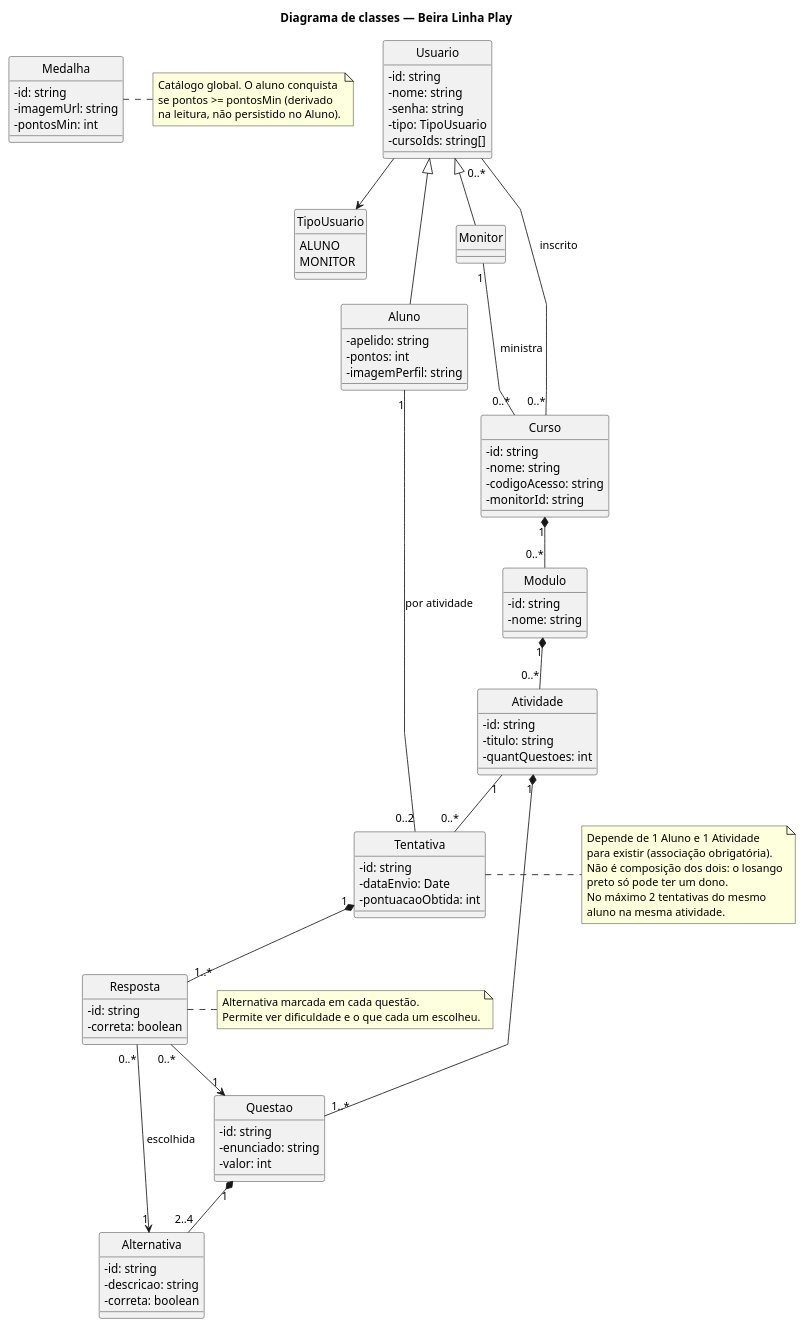
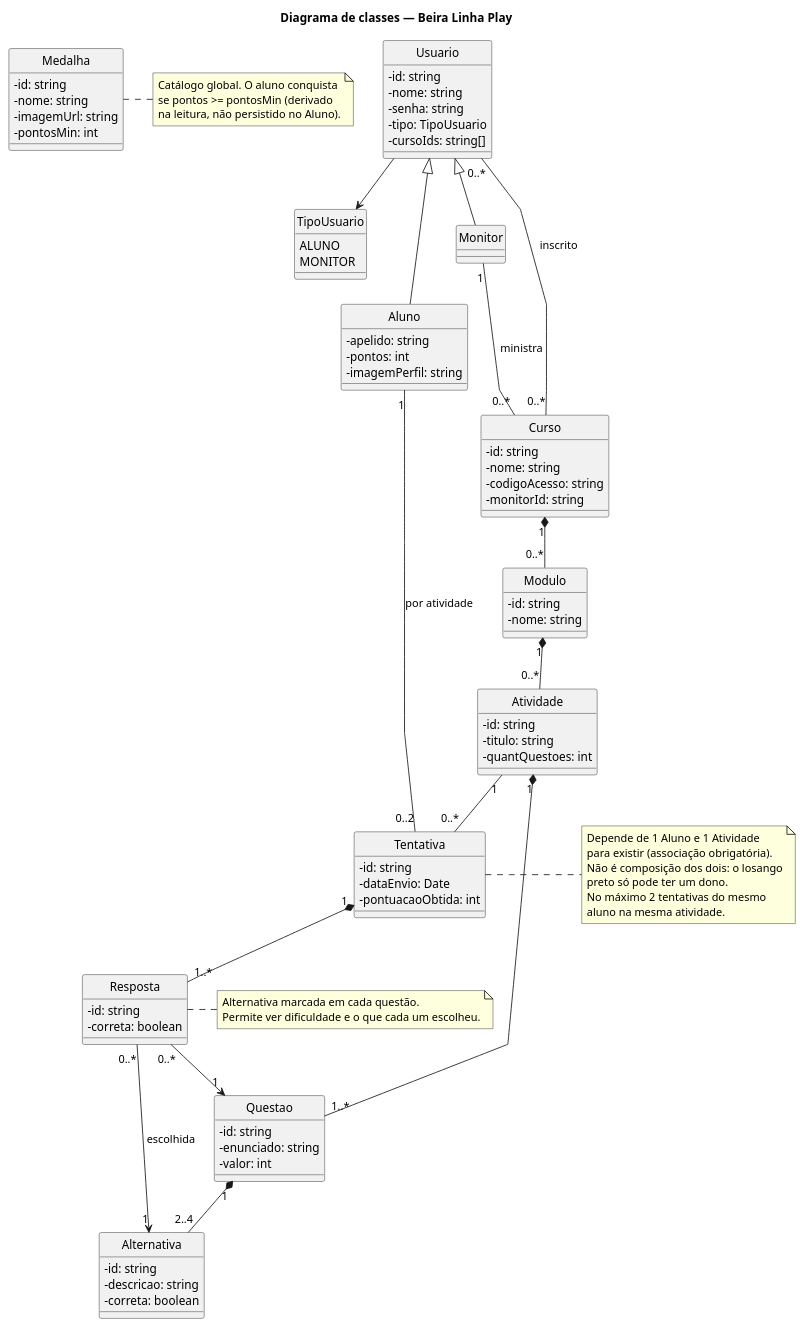
The diagram in src/diagrama-classes.puml (GustavoA01/react-flow), drawn with PlantUML before and after one commit. The commit also changed 29 other files, not shown here.

```diff
--- a/src/diagrama-classes.puml
+++ b/src/diagrama-classes.puml
@@ -1,114 +1,115 @@
 @startuml Diagrama_de_classes_Beira_Linha
 title Diagrama de classes — Beira Linha Play
 skinparam classAttributeIconSize 0
 skinparam shadowing false
 skinparam linetype polyline
 hide circle
 
 enum TipoUsuario {
   ALUNO
   MONITOR
 }
 
 class Usuario {
   - id: string
   - nome: string
   - senha: string
   - tipo: TipoUsuario
   - cursoIds: string[]
 }
 
 class Aluno {
   - apelido: string
   - pontos: int
   - imagemPerfil: string
 }
 
 class Monitor
 
 class Medalha {
   - id: string
+  - nome: string
   - imagemUrl: string
   - pontosMin: int
 }
 
 class Curso {
   - id: string
   - nome: string
   - codigoAcesso: string
   - monitorId: string
 }
 
 class Modulo {
   - id: string
   - nome: string
 }
 
 class Atividade {
   - id: string
   - titulo: string
   - quantQuestoes: int
 }
 
 class Questao {
   - id: string
   - enunciado: string
   - valor: int
 }
 
 class Alternativa {
   - id: string
   - descricao: string
   - correta: boolean
 }
 
 class Tentativa {
   - id: string
   - dataEnvio: Date
   - pontuacaoObtida: int
 }
 
 class Resposta {
   - id: string
   - correta: boolean
 }
 
 Usuario <|-- Aluno
 Usuario <|-- Monitor
 Usuario --> TipoUsuario
 
 Usuario "0..*" -- "0..*" Curso : inscrito
 Monitor "1" -- "0..*" Curso : ministra
 
 Curso "1" *-- "0..*" Modulo
 Modulo "1" *-- "0..*" Atividade
 Atividade "1" *-- "1..*" Questao
 Questao "1" *-- "2..4" Alternativa
 
 Aluno "1" -- "0..2" Tentativa : por atividade
 Atividade "1" -- "0..*" Tentativa
 Tentativa "1" *-- "1..*" Resposta
 Resposta "0..*" --> "1" Questao
 Resposta "0..*" --> "1" Alternativa : escolhida
 
 note right of Medalha
   Catálogo global. O aluno conquista
   se pontos >= pontosMin (derivado
   na leitura, não persistido no Aluno).
 end note
 
 note right of Tentativa
   Depende de 1 Aluno e 1 Atividade
   para existir (associação obrigatória).
   Não é composição dos dois: o losango
   preto só pode ter um dono.
   No máximo 2 tentativas do mesmo
   aluno na mesma atividade.
 end note
 
 note right of Resposta
   Alternativa marcada em cada questão.
   Permite ver dificuldade e o que cada um escolheu.
 end note
 
 @enduml
```
